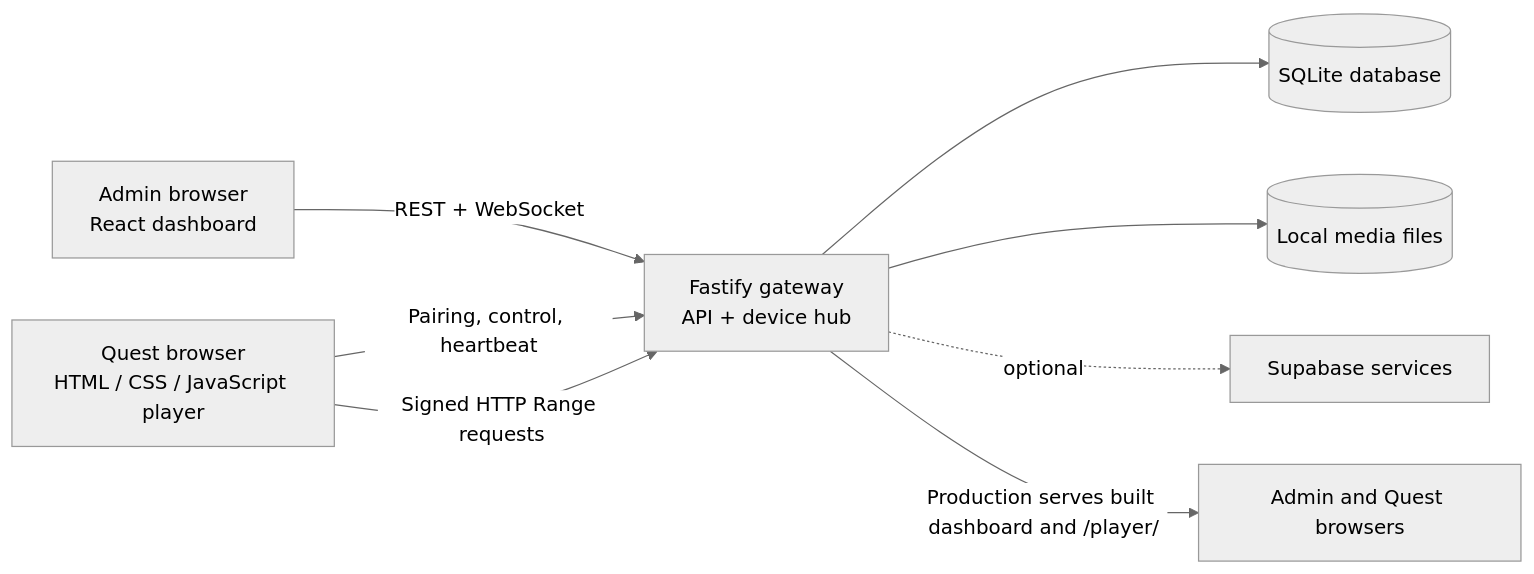
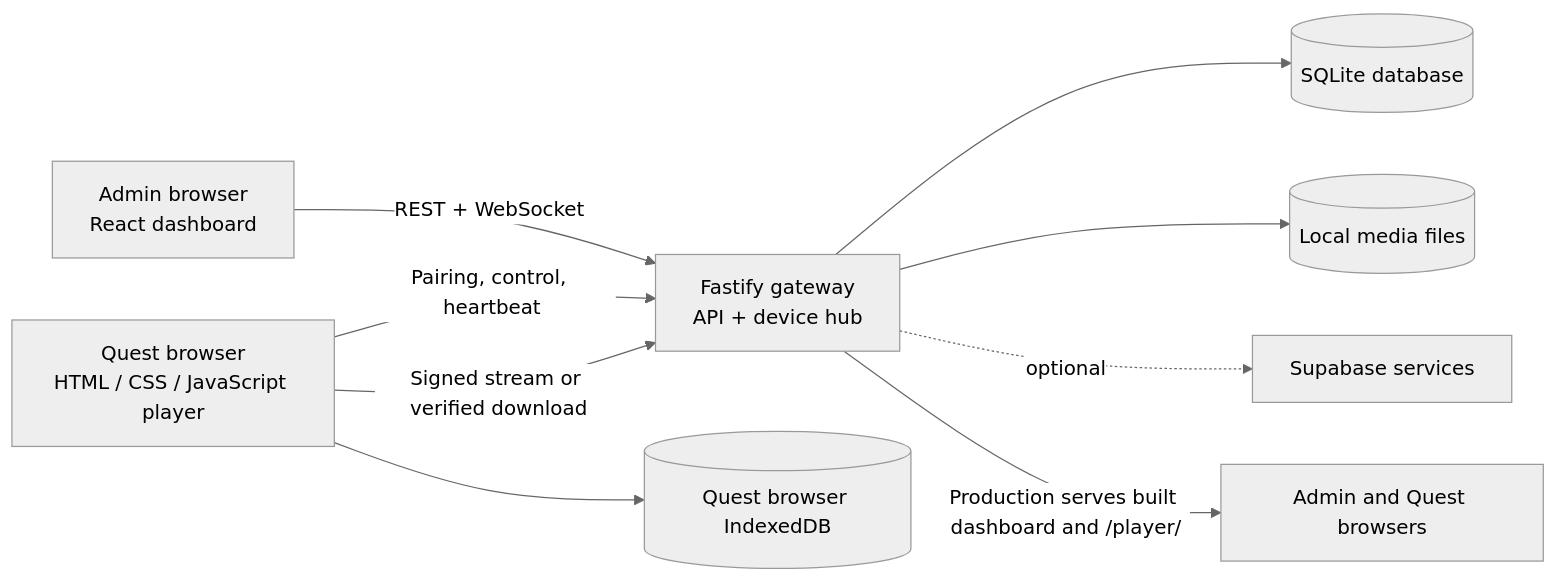
Before and after one commit to nandhakumar-developer/metaquest-vr: the first of 2 diagrams in README.md, drawn with Mermaid (neutral theme). The commit also changed other lines of this file and 32 other files, not shown here.

````diff
--- a/README.md
+++ b/README.md
@@ -23,10 +23,11 @@
 ```mermaid
 flowchart LR
   Admin["Admin browser<br/>React dashboard"] -->|REST + WebSocket| Gateway["Fastify gateway<br/>API + device hub"]
   Quest["Quest browser<br/>HTML / CSS / JavaScript player"] -->|Pairing, control, heartbeat| Gateway
-  Quest -->|Signed HTTP Range requests| Gateway
+  Quest -->|Signed stream or verified download| Gateway
+  Quest --> Offline[(Quest browser IndexedDB)]
   Gateway --> DB[(SQLite database)]
   Gateway --> Files[(Local media files)]
   Gateway -. optional .-> Supabase[Supabase services]
   Gateway -->|Production serves built dashboard and /player/| Browsers[Admin and Quest browsers]
 ```
````
